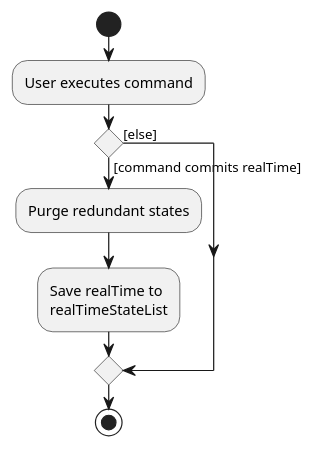
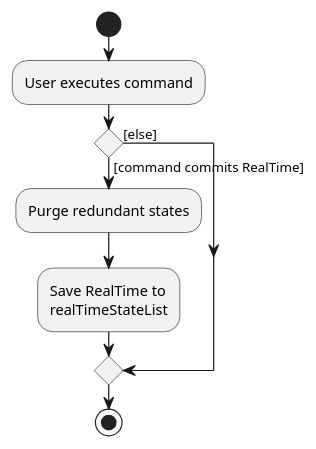
Before and after one commit to nus-cs2103-AY2223S1/tp: the diagram in docs/diagrams/CommitActivityDiagram.puml, drawn with PlantUML. The commit also changed 97 other files, not shown here.

```diff
--- a/docs/diagrams/CommitActivityDiagram.puml
+++ b/docs/diagrams/CommitActivityDiagram.puml
@@ -1,15 +1,15 @@
 @startuml
 start
 :User executes command;
 
 'Since the beta syntax does not support placing the condition outside the
 'diamond we place it as the true branch instead.
 
-if () then ([command commits realTime])
+if () then ([command commits RealTime])
     :Purge redundant states;
-    :Save realTime to
+    :Save RealTime to
     realTimeStateList;
 else ([else])
 endif
 stop
 @enduml
```
